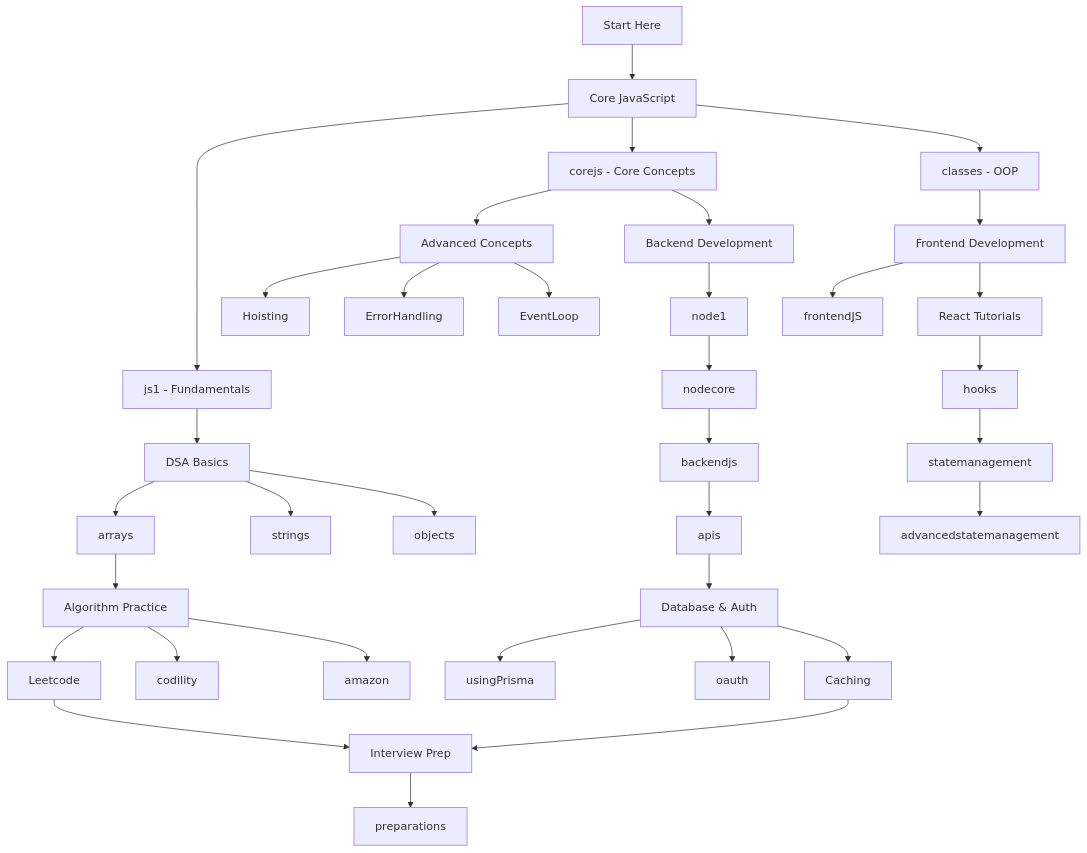
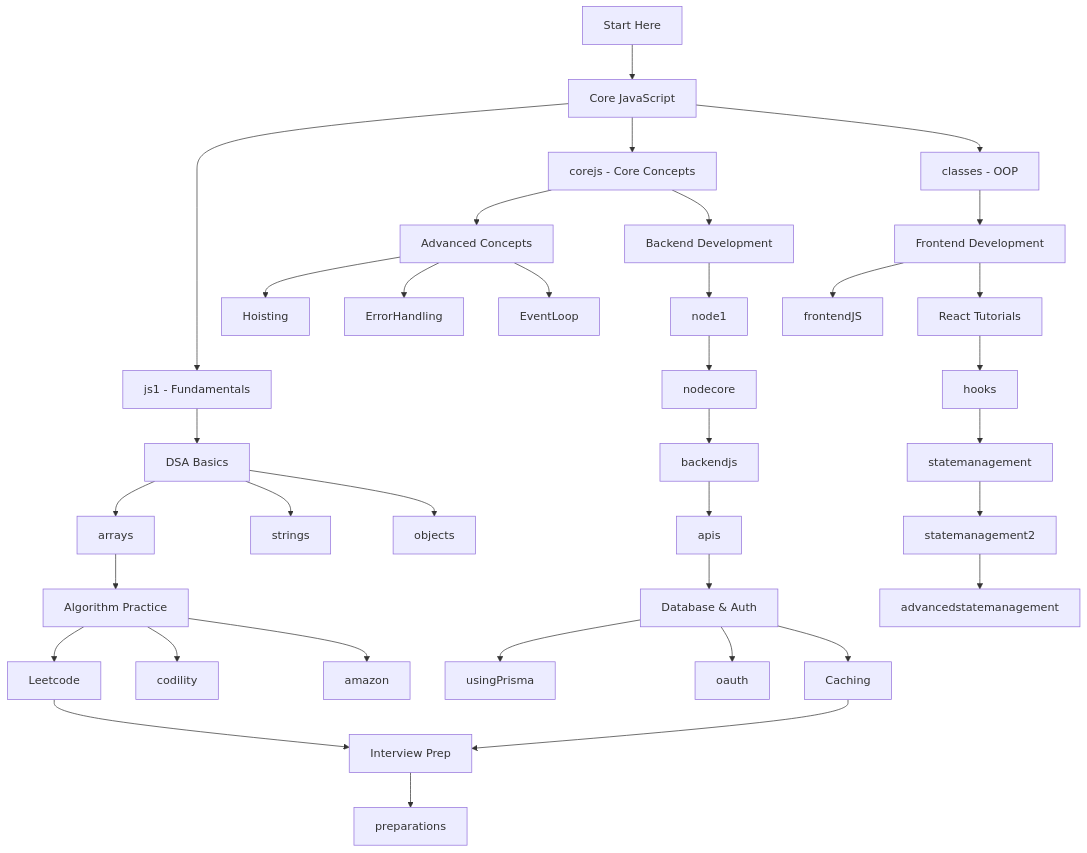
The diagram in README.md (Ritahchanger/Javascript-playground), drawn with Mermaid before and after one commit. The commit also changed other lines of this file and 6893 other files, not shown here.

````diff
--- a/README.md
+++ b/README.md
@@ -266,44 +270,45 @@
 ```mermaid
 graph TD
     A[Start Here] --> B[Core JavaScript]
     B --> C[js1 - Fundamentals]
     B --> D[corejs - Core Concepts]
     B --> E[classes - OOP]
     
     C --> F[DSA Basics]
     F --> G[arrays]
     F --> H[strings]
     F --> I[objects]
     
     G --> J[Algorithm Practice]
     J --> K[Leetcode]
     J --> L[codility]
     J --> M[amazon]
     
     D --> N[Advanced Concepts]
     N --> O[Hoisting]
     N --> P[ErrorHandling]
     N --> Q[EventLoop]
     
     E --> R[Frontend Development]
     R --> S[frontendJS]
     R --> T[React Tutorials]
     T --> U[hooks]
     U --> V[statemanagement]
-    V --> W[advancedstatemanagement]
+    V --> V2[statemanagement2]
+    V2 --> W[advancedstatemanagement]
     
     D --> X[Backend Development]
     X --> Y[node1]
     Y --> Z[nodecore]
     Z --> AA[backendjs]
     AA --> AB[apis]
     
     AB --> AC[Database & Auth]
     AC --> AD[usingPrisma]
     AC --> AE[oauth]
     AC --> AF[Caching]
     
     K --> AG[Interview Prep]
     AF --> AG
     AG --> AH[preparations]
 ```
````
